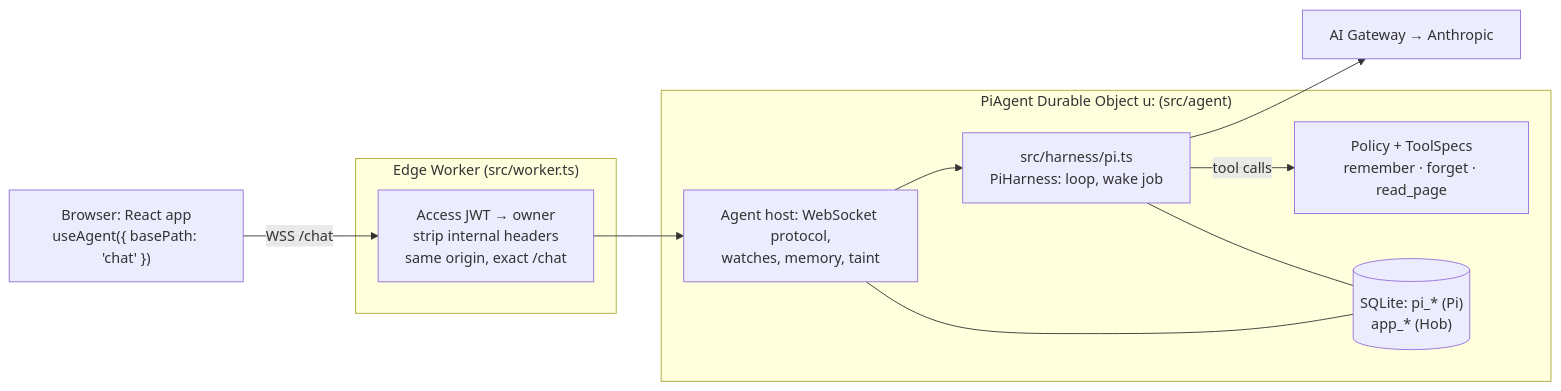
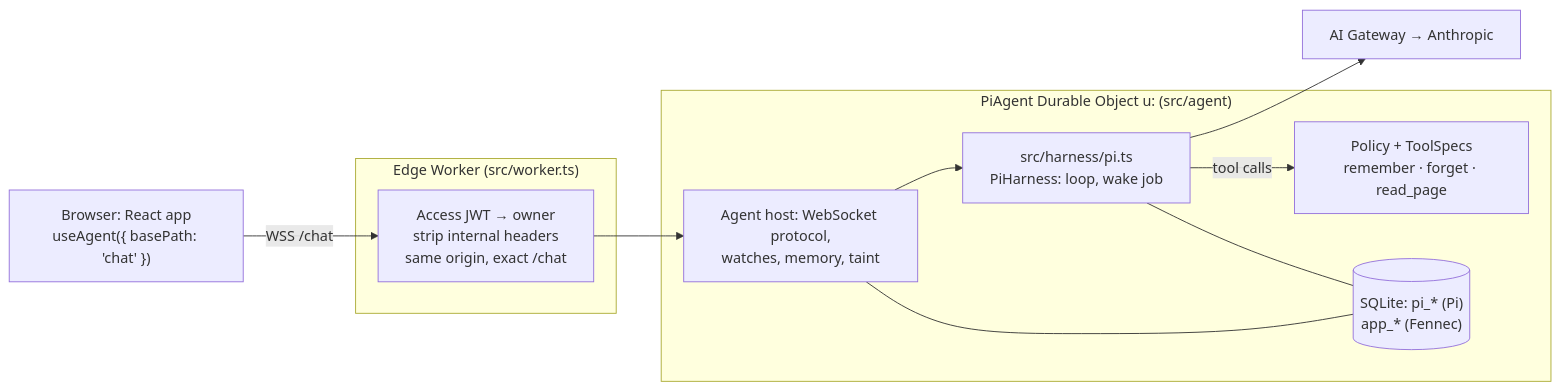
One commit to anant2614/hob changed the diagram in README.md. Above: the diagram before and after it, drawn with Mermaid. The commit also changed other lines of this file and 35 other files, not shown here.

First line of the commit message:
Rename Hob to Fennec

````diff
--- a/README.md
+++ b/README.md
@@ -108,19 +108,19 @@
 ```mermaid
 flowchart LR
   B["Browser: React app\nuseAgent({ basePath: 'chat' })"]
   subgraph Edge["Edge Worker (src/worker.ts)"]
     A["Access JWT → owner\nstrip internal headers\nsame origin, exact /chat"]
   end
   subgraph DO["PiAgent Durable Object u:<OWNER_USER_ID> (src/agent)"]
     H["Agent host: WebSocket protocol,\nwatches, memory, taint"]
     P["Policy + ToolSpecs\nremember · forget · read_page"]
     R["src/harness/pi.ts\nPiHarness: loop, wake job"]
-    S[("SQLite: pi_* (Pi)\napp_* (Hob)")]
+    S[("SQLite: pi_* (Pi)\napp_* (Fennec)")]
   end
   G["AI Gateway → Anthropic"]
   B -- "WSS /chat" --> A --> H
   H --> R --> G
   R -- "tool calls" --> P
   H --- S
   R --- S
 ```
````
